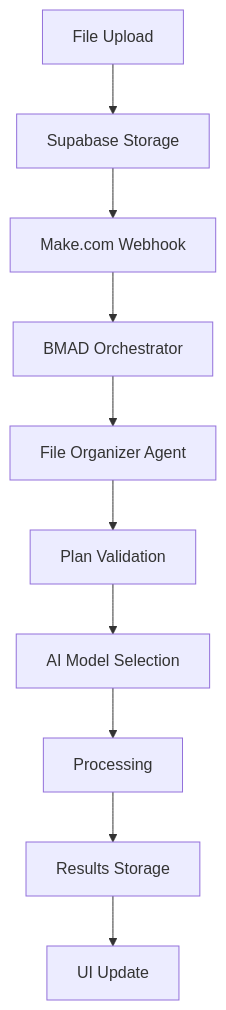
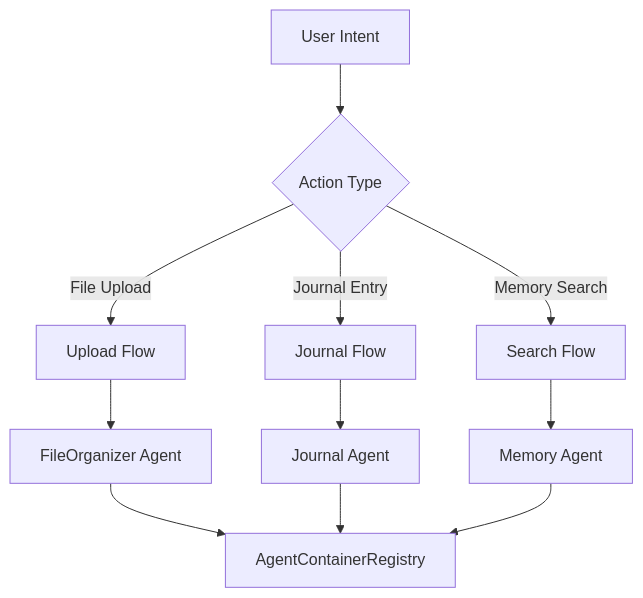
The diagram in docs/architecture.md (Greenmamba29/fileinasnap_v2_0), drawn with Mermaid before and after one commit. The commit also changed other lines of this file and 1 other file, not shown here.

````diff
--- a/docs/architecture.md
+++ b/docs/architecture.md
@@ -210,12 +12,15 @@
 ```mermaid
 graph TD
-    A[File Upload] --> B[Supabase Storage]
-    B --> C[Make.com Webhook]
-    C --> D[BMAD Orchestrator]
-    D --> E[File Organizer Agent]
-    E --> F[Plan Validation]
-    F --> G[AI Model Selection]
-    G --> H[Processing]
-    H --> I[Results Storage]
-    I --> J[UI Update]
+    A[User Intent] --> B{Action Type}
+    B -->|File Upload| C[Upload Flow]
+    B -->|Journal Entry| D[Journal Flow]
+    B -->|Memory Search| E[Search Flow]
+    
+    C --> F[FileOrganizer Agent]
+    D --> G[Journal Agent]
+    E --> H[Memory Agent]
+    
+    F --> I[AgentContainerRegistry]
+    G --> I
+    H --> I
 ```
````
